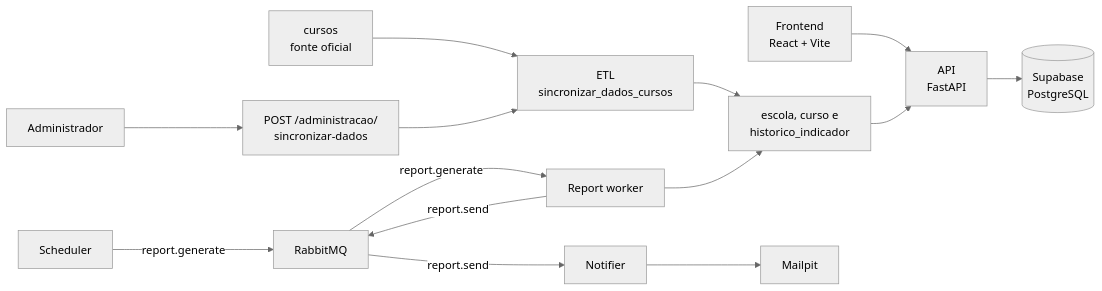
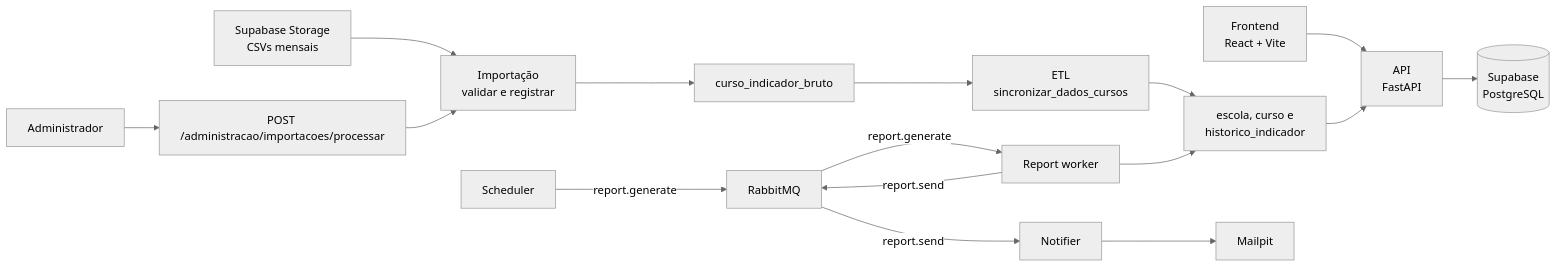
The diagram in README.md (isinhah/desempenho-academico), drawn with Mermaid (neutral theme) before and after one commit. The commit also changed other lines of this file and 3 other files, not shown here.

Commit message:
feat: processamento de um unico arquivo csv por endpoint via supabase bucket

````diff
--- a/README.md
+++ b/README.md
@@ -20,16 +20,18 @@
 ```mermaid
 flowchart LR
     frontend[Frontend<br/>React + Vite] --> api[API<br/>FastAPI]
     api --> supabase[(Supabase<br/>PostgreSQL)]
-    fonte["cursos<br/>fonte oficial"] --> etl["ETL<br/>sincronizar_dados_cursos"]
+    storage["Supabase Storage<br/>CSVs mensais"] --> importacao["Importação<br/>validar e registrar"]
+    importacao --> bruto["curso_indicador_bruto"]
+    bruto --> etl["ETL<br/>sincronizar_dados_cursos"]
     etl --> analiticas["escola, curso e<br/>historico_indicador"]
     analiticas --> api
-    admin["Administrador"] --> endpoint["POST /administracao/<br/>sincronizar-dados"]
-    endpoint --> etl
+    admin["Administrador"] --> endpoint["POST /administracao/importacoes/processar"]
+    endpoint --> importacao
     scheduler[Scheduler] -->|report.generate| rabbit[RabbitMQ]
     rabbit -->|report.generate| worker[Report worker]
     worker --> analiticas
     worker -->|report.send| rabbit
     rabbit -->|report.send| notifier[Notifier]
     notifier --> mailpit[Mailpit]
 ```
````
